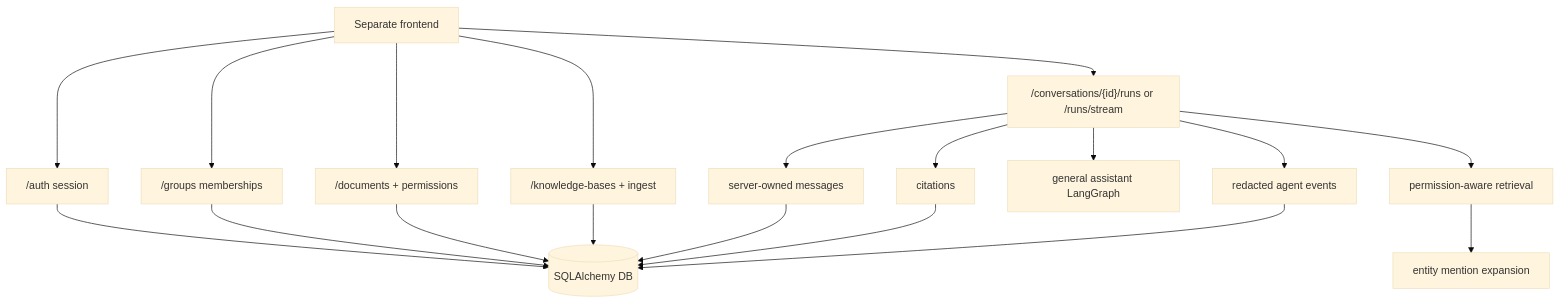
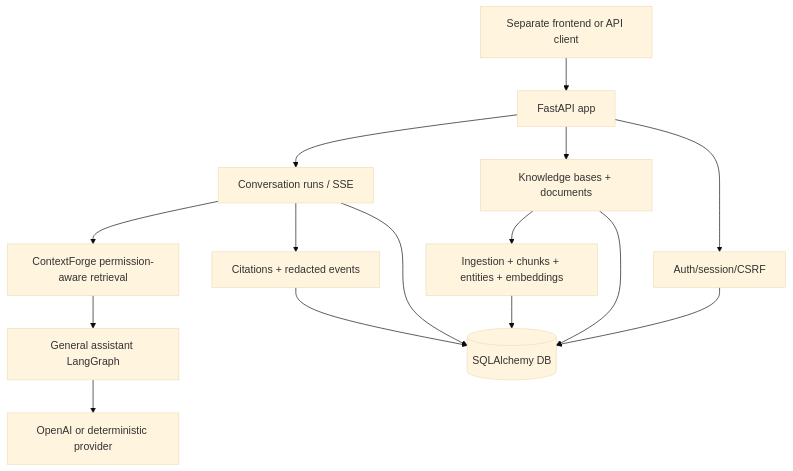
The diagram in README.md (heecheon92/my-agents), drawn with Mermaid (base theme) before and after one commit. The commit also changed other lines of this file and 79 other files, not shown here.

````diff
--- a/README.md
+++ b/README.md
@@ -82,21 +53,17 @@
 ```mermaid
 flowchart TD
-    Frontend["Separate frontend"] --> Auth["/auth session"]
-    Frontend --> Groups["/groups memberships"]
-    Frontend --> Docs["/documents + permissions"]
-    Frontend --> KB["/knowledge-bases + ingest"]
-    Frontend --> Runs["/conversations/{id}/runs or /runs/stream"]
-    Runs --> History["server-owned messages"]
-    Runs --> Retrieval["permission-aware retrieval"]
-    Retrieval --> GraphExpand["entity mention expansion"]
-    Runs --> Assistant["general assistant LangGraph"]
-    Runs --> Citations["citations"]
-    Runs --> Events["redacted agent events"]
+    Frontend["Separate frontend or API client"] --> API["FastAPI app"]
+    API --> Auth["Auth/session/CSRF"]
+    API --> KB["Knowledge bases + documents"]
+    API --> Runs["Conversation runs / SSE"]
+    KB --> Ingest["Ingestion + chunks + entities + embeddings"]
+    Runs --> ContextForge["ContextForge permission-aware retrieval"]
+    ContextForge --> Graph["General assistant LangGraph"]
+    Graph --> Provider["OpenAI or deterministic provider"]
+    Runs --> Events["Citations + redacted events"]
     Auth --> DB[("SQLAlchemy DB")]
-    Groups --> DB
-    Docs --> DB
     KB --> DB
-    History --> DB
-    Citations --> DB
+    Ingest --> DB
+    Runs --> DB
     Events --> DB
 ```
````
